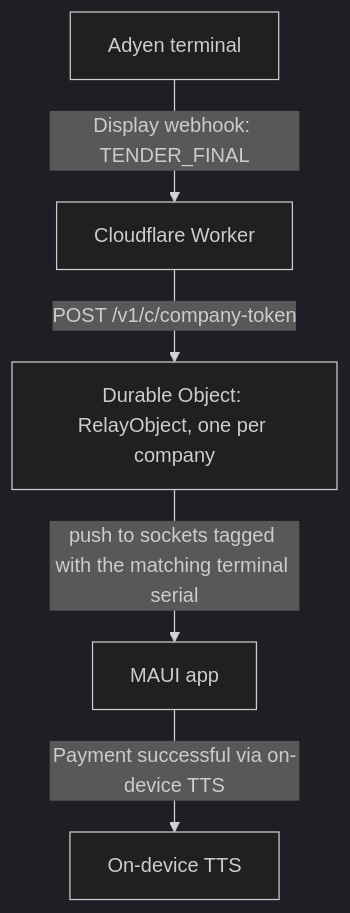
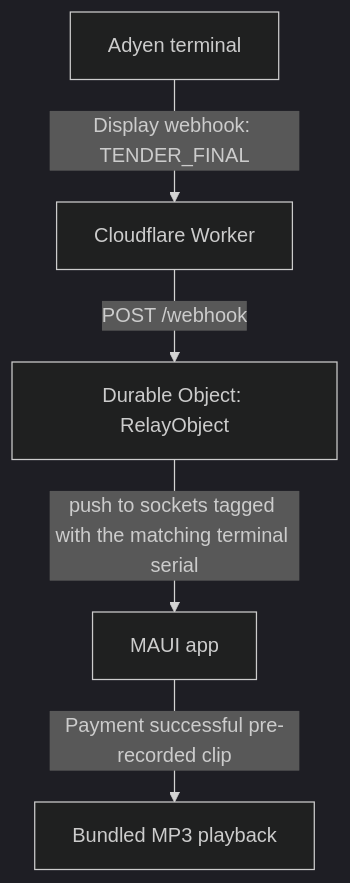
Before and after one commit to astiskala/adyen-out-loud: the diagram in docs/architecture.md, drawn with Mermaid (dark theme). The commit also changed other lines of this file and 104 other files, not shown here.

First line of the commit message:
Use one shared relay URL and pre-recorded announcements

````diff
--- a/docs/architecture.md
+++ b/docs/architecture.md
@@ -10,7 +10,7 @@
 ```mermaid
 flowchart TD
     T[Adyen terminal] -->|Display webhook: TENDER_FINAL| W[Cloudflare Worker]
-    W -->|POST /v1/c/company-token| DO[Durable Object: RelayObject, one per company]
+    W -->|POST /webhook| DO[Durable Object: RelayObject]
     DO -->|push to sockets tagged with the matching terminal serial| APP[MAUI app]
-    APP -->|"Payment successful" via on-device TTS| TTS[On-device TTS]
+    APP -->|"Payment successful" pre-recorded clip| AUDIO[Bundled MP3 playback]
 ```
````
